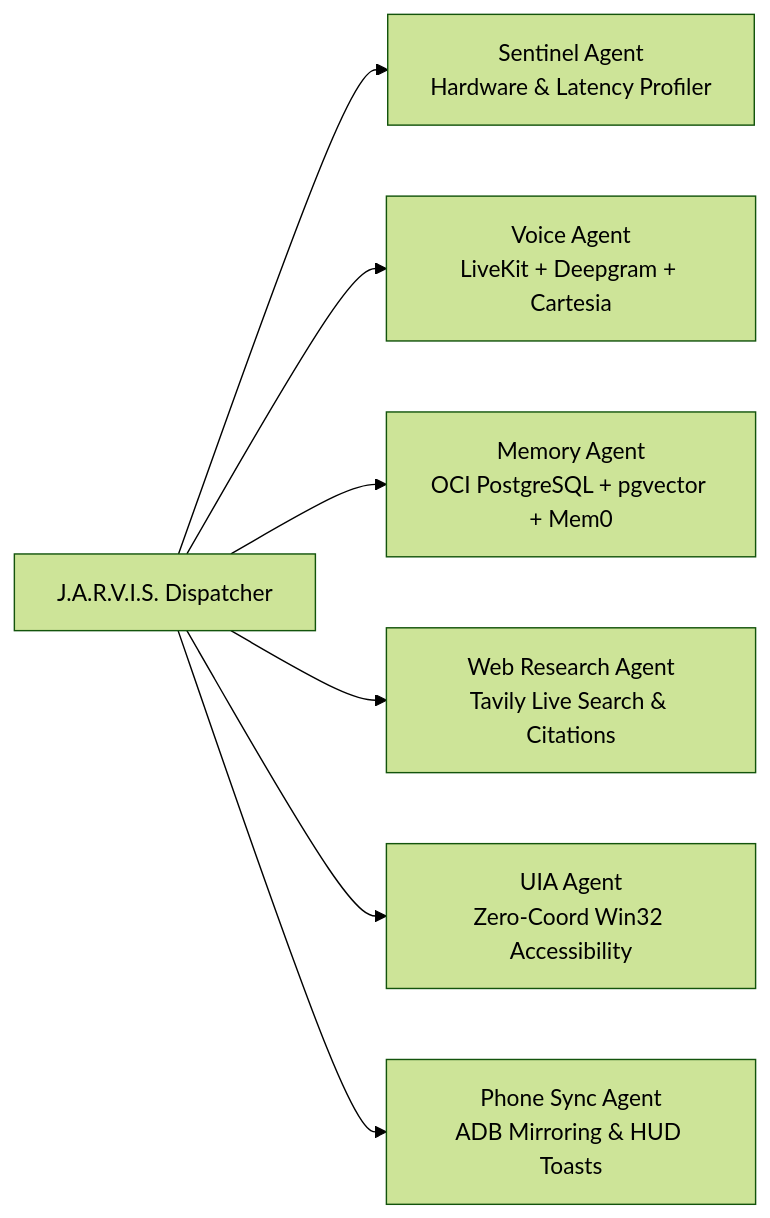
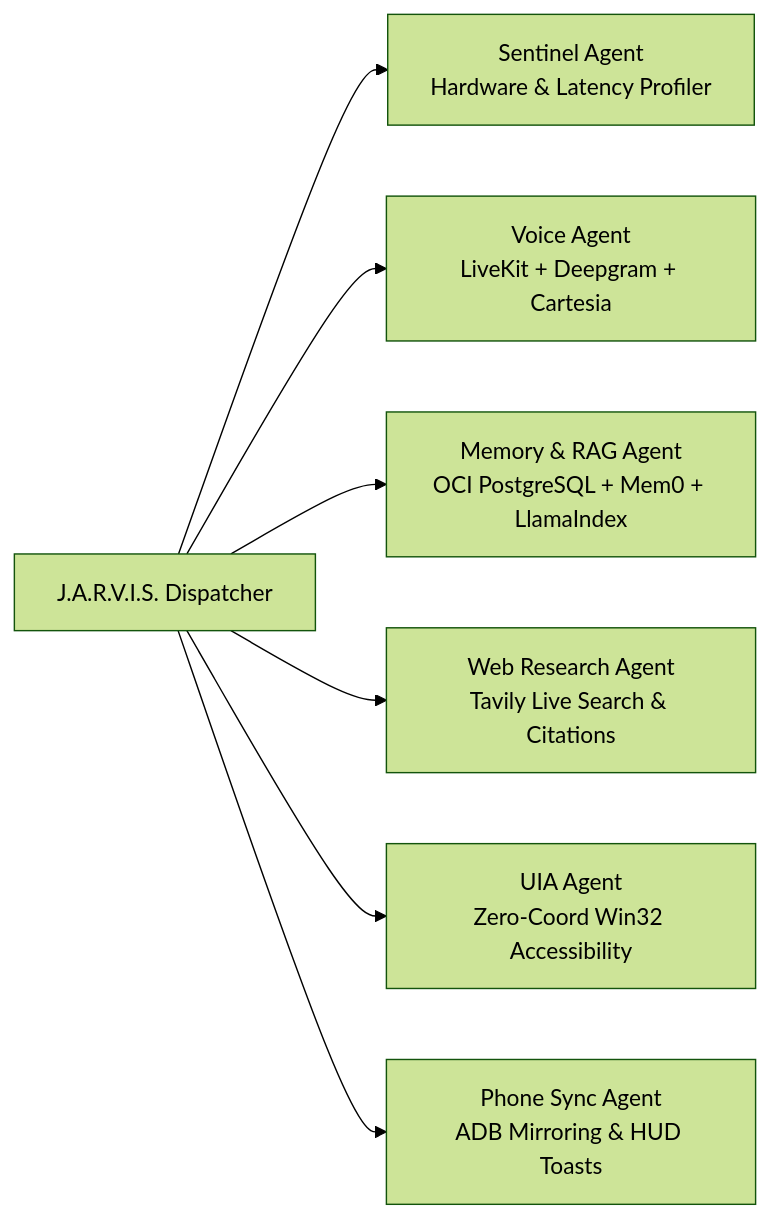
Before and after one commit to skullhacker007/Jarvis: the second of 2 diagrams in AGENTS.md, drawn with Mermaid (forest theme). The commit also changed other lines of this file and 7 other files, not shown here.

Commit message:
feat: implement 10-component matrix (NVIDIA 70B primary, Mem0, LlamaIndex RAG, Deepgram Flux, Cartesia, and OCI pgvector)

````diff
--- a/AGENTS.md
+++ b/AGENTS.md
@@ -41,9 +64,9 @@
 ```mermaid
 flowchart LR
     Dispatcher[J.A.R.V.I.S. Dispatcher] --> Agent1[Sentinel Agent\nHardware & Latency Profiler]
     Dispatcher --> Agent2[Voice Agent\nLiveKit + Deepgram + Cartesia]
-    Dispatcher --> Agent3[Memory Agent\nOCI PostgreSQL + pgvector + Mem0]
+    Dispatcher --> Agent3[Memory & RAG Agent\nOCI PostgreSQL + Mem0 + LlamaIndex]
     Dispatcher --> Agent4[Web Research Agent\nTavily Live Search & Citations]
     Dispatcher --> Agent5[UIA Agent\nZero-Coord Win32 Accessibility]
     Dispatcher --> Agent6[Phone Sync Agent\nADB Mirroring & HUD Toasts]
 ```
````
